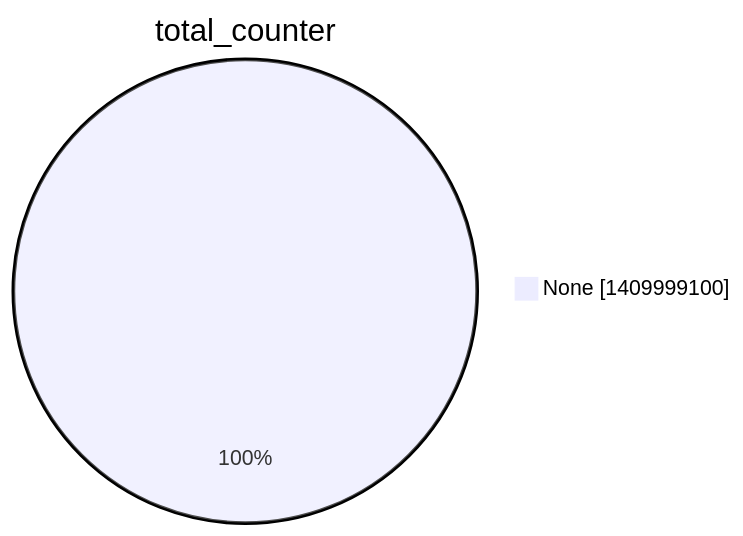
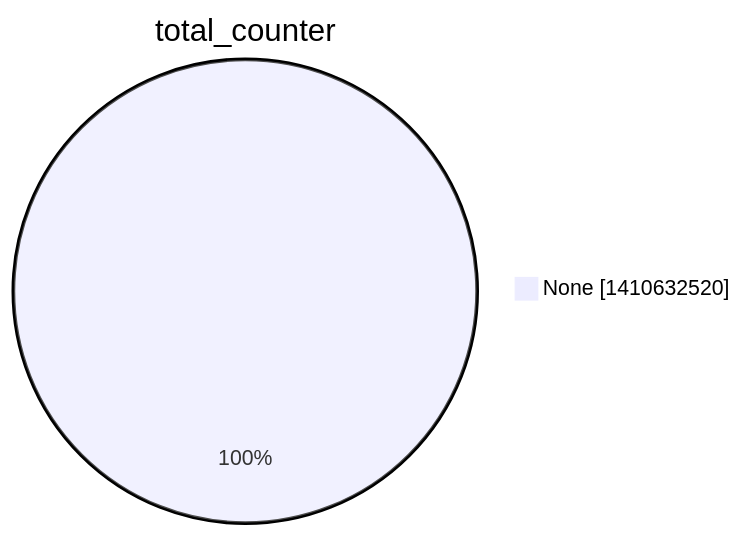
The second of 15 diagrams in argon2022/README.md (christiankrug/ctmonitor_visualization), drawn with Mermaid before and after one commit. The commit also changed other lines of this file, not shown here.

````diff
--- a/argon2022/README.md
+++ b/argon2022/README.md
@@ -9,5 +9,5 @@
 ```mermaid
 pie showData
 title total_counter
-"None" :1409999100
+"None" :1410632520
 ```
````
